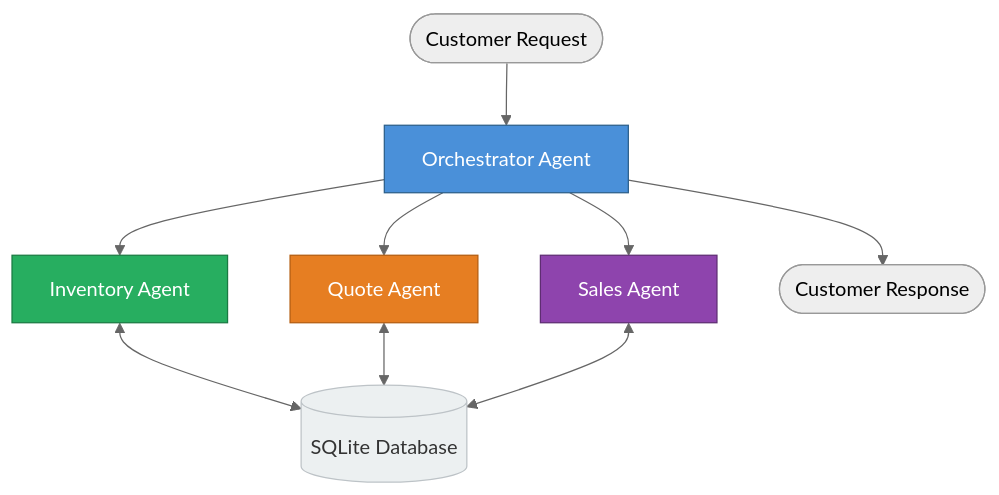
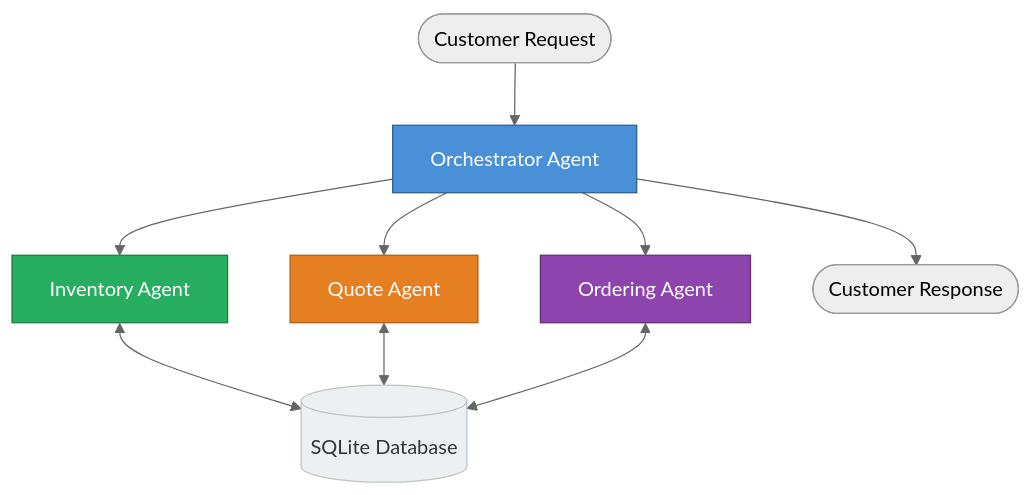
The first of 2 diagrams in project/agent_workflow.md (anujar99/fde-core-multi-agent-systems), drawn with Mermaid (neutral theme) before and after one commit. The commit also changed other lines of this file, not shown here.

Commit message:
agent workflow design

````diff
--- a/project/agent_workflow.md
+++ b/project/agent_workflow.md
@@ -3,17 +3,17 @@
 ```mermaid
 flowchart TD
     USER([Customer Request]) --> ORCH[Orchestrator Agent]
     ORCH --> INV[Inventory Agent]
     ORCH --> QUOTE[Quote Agent]
-    ORCH --> SALES[Sales Agent]
+    ORCH --> ORDERS[Ordering Agent]
     ORCH --> RESP([Customer Response])
     INV <--> DB[(SQLite Database)]
     QUOTE <--> DB
-    SALES <--> DB
+    ORDERS <--> DB
 
-    style ORCH  fill:#4a90d9,color:#fff,stroke:#2c5f8a
-    style INV   fill:#27ae60,color:#fff,stroke:#1a7a42
-    style QUOTE fill:#e67e22,color:#fff,stroke:#b35c0f
-    style SALES fill:#8e44ad,color:#fff,stroke:#5e2d72
-    style DB    fill:#ecf0f1,color:#333,stroke:#bdc3c7
+    style ORCH   fill:#4a90d9,color:#fff,stroke:#2c5f8a
+    style INV    fill:#27ae60,color:#fff,stroke:#1a7a42
+    style QUOTE  fill:#e67e22,color:#fff,stroke:#b35c0f
+    style ORDERS fill:#8e44ad,color:#fff,stroke:#5e2d72
+    style DB     fill:#ecf0f1,color:#333,stroke:#bdc3c7
 ```
````
